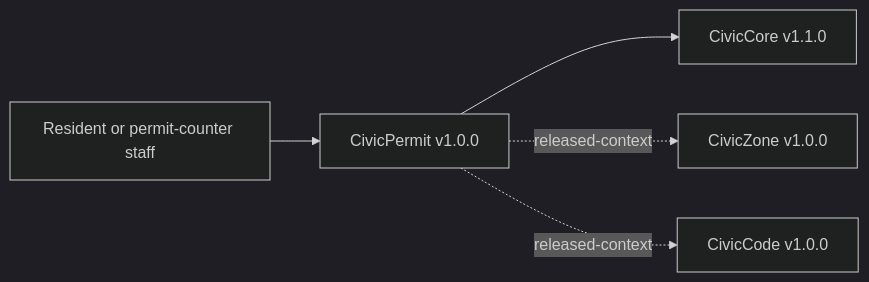
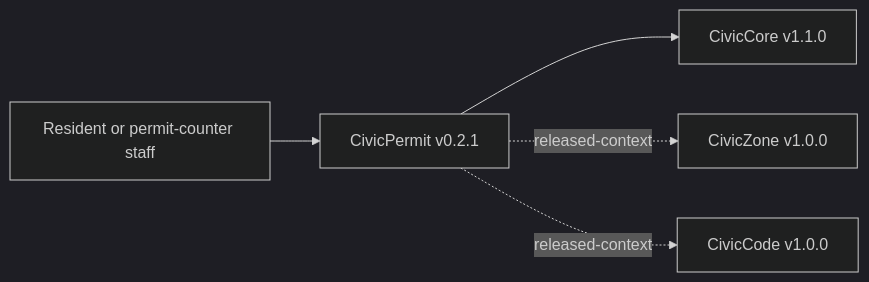
The diagram in USER-MANUAL.md (CivicSuite/civicpermit), drawn with Mermaid (dark theme) before and after one commit. The commit also changed other lines of this file and 16 other files, not shown here.

````diff
--- a/USER-MANUAL.md
+++ b/USER-MANUAL.md
@@ -43,7 +43,7 @@
 ```mermaid
 flowchart LR
-  PublicUser["Resident or permit-counter staff"] --> CivicPermit["CivicPermit v1.0.0"]
+  PublicUser["Resident or permit-counter staff"] --> CivicPermit["CivicPermit v0.2.1"]
   CivicPermit --> CivicCore["CivicCore v1.1.0"]
   CivicPermit -. released-context .-> CivicZone["CivicZone v1.0.0"]
   CivicPermit -. released-context .-> CivicCode["CivicCode v1.0.0"]
 ```
````
